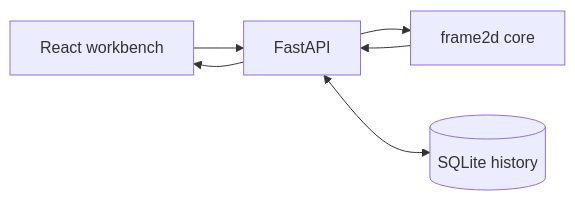
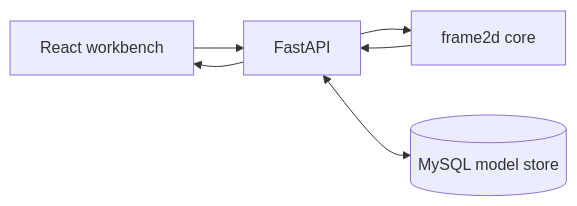
The diagram in README.md (feizhang233/Frame-Studio), drawn with Mermaid before and after one commit. The commit also changed other lines of this file and 18 other files, not shown here.

````diff
--- a/README.md
+++ b/README.md
@@ -112,13 +112,13 @@
 ```mermaid
 flowchart LR
     UI["React workbench"]
     API["FastAPI"]
     FEM["frame2d core"]
-    DB[("SQLite history")]
+    DB[("MySQL model store")]
 
     UI --> API
     API --> FEM
     FEM --> API
     API --> UI
     API <--> DB
 ```
````
